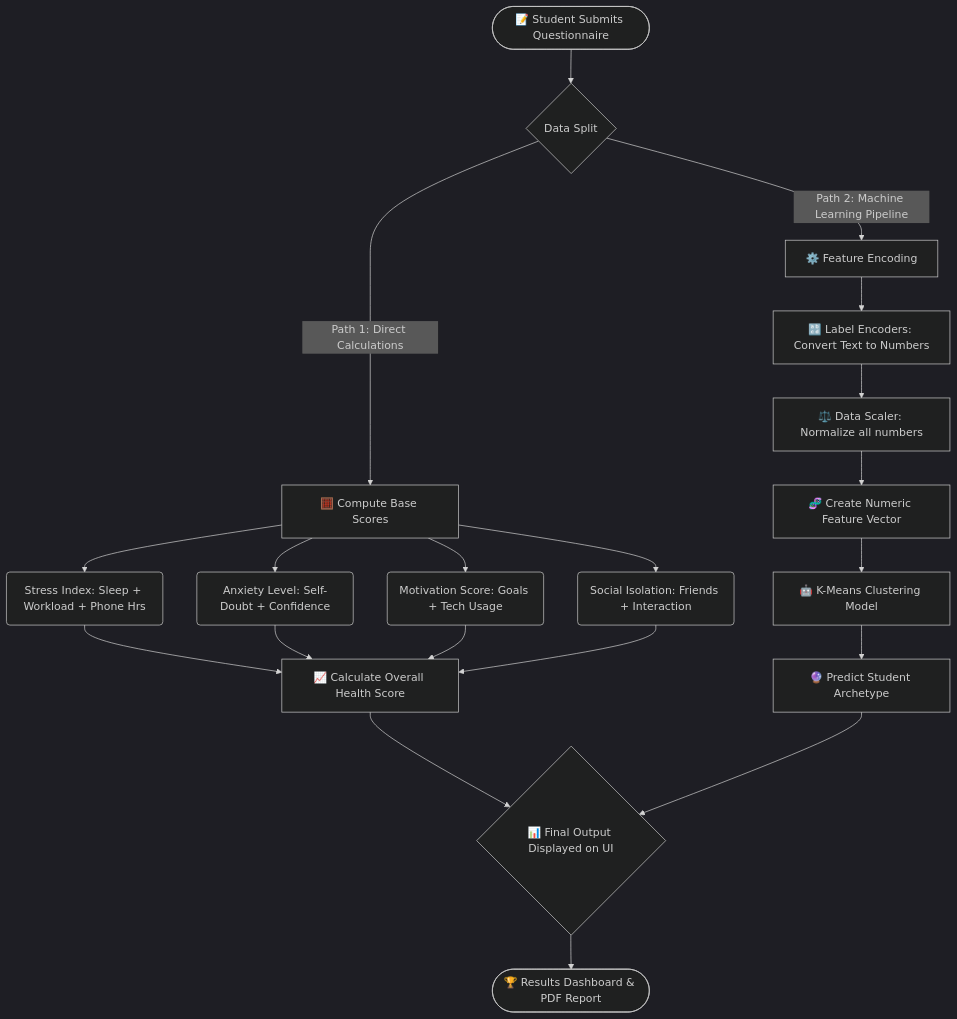
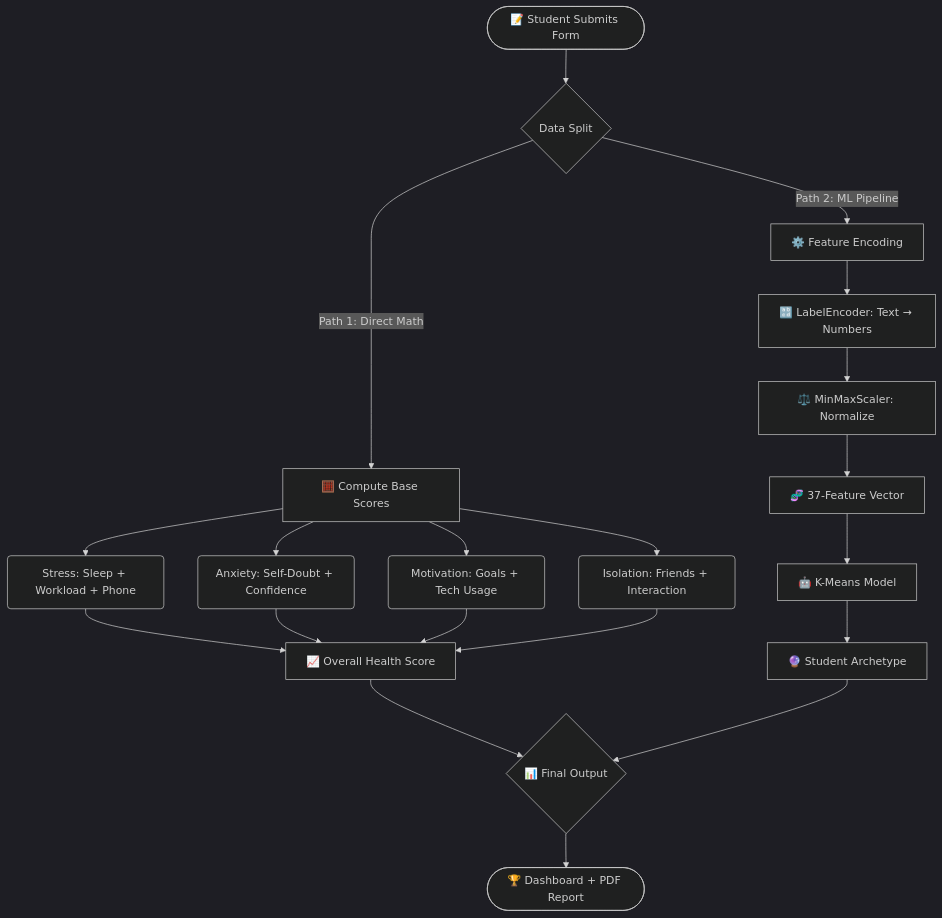
The second of 2 diagrams in README.md (Tejas-952007/MindMap), drawn with Mermaid (dark theme) before and after one commit. The commit also changed other lines of this file, not shown here.

````diff
--- a/README.md
+++ b/README.md
@@ -120,25 +199,22 @@
 ```mermaid
 flowchart TD
-    A([📝 Student Submits Questionnaire]) --> B{Data Split}
+    A([📝 Student Submits Form]) --> B{Data Split}
 
-    %% Mathematical Scoring Path
-    B -->|Path 1: Direct Calculations| C[🧮 Compute Base Scores]
-    C --> D(Stress Index: Sleep + Workload + Phone Hrs)
-    C --> E(Anxiety Level: Self-Doubt + Confidence)
-    C --> F(Motivation Score: Goals + Tech Usage)
-    C --> G(Social Isolation: Friends + Interaction)
-    D & E & F & G --> H[📈 Calculate Overall Health Score]
+    B -->|Path 1: Direct Math| C[🧮 Compute Base Scores]
+    C --> D(Stress: Sleep + Workload + Phone)
+    C --> E(Anxiety: Self-Doubt + Confidence)
+    C --> F(Motivation: Goals + Tech Usage)
+    C --> G(Isolation: Friends + Interaction)
+    D & E & F & G --> H[📈 Overall Health Score]
 
-    %% Machine Learning Path
-    B -->|Path 2: Machine Learning Pipeline| I[⚙️ Feature Encoding]
-    I --> J[🔡 Label Encoders: Convert Text to Numbers]
-    J --> K[⚖️ Data Scaler: Normalize all numbers]
-    K --> L[🧬 Create Numeric Feature Vector]
-    L --> M[🤖 K-Means Clustering Model]
-    M --> N[🔮 Predict Student Archetype]
+    B -->|Path 2: ML Pipeline| I[⚙️ Feature Encoding]
+    I --> J[🔡 LabelEncoder: Text → Numbers]
+    J --> K[⚖️ MinMaxScaler: Normalize]
+    K --> L[🧬 37-Feature Vector]
+    L --> M[🤖 K-Means Model]
+    M --> N[🔮 Student Archetype]
 
-    %% Synthesis
-    H --> O{📊 Final Output Displayed on UI}
+    H --> O{📊 Final Output}
     N --> O
-    O --> P([🏆 Results Dashboard & PDF Report])
+    O --> P([🏆 Dashboard + PDF Report])
 ```
````
